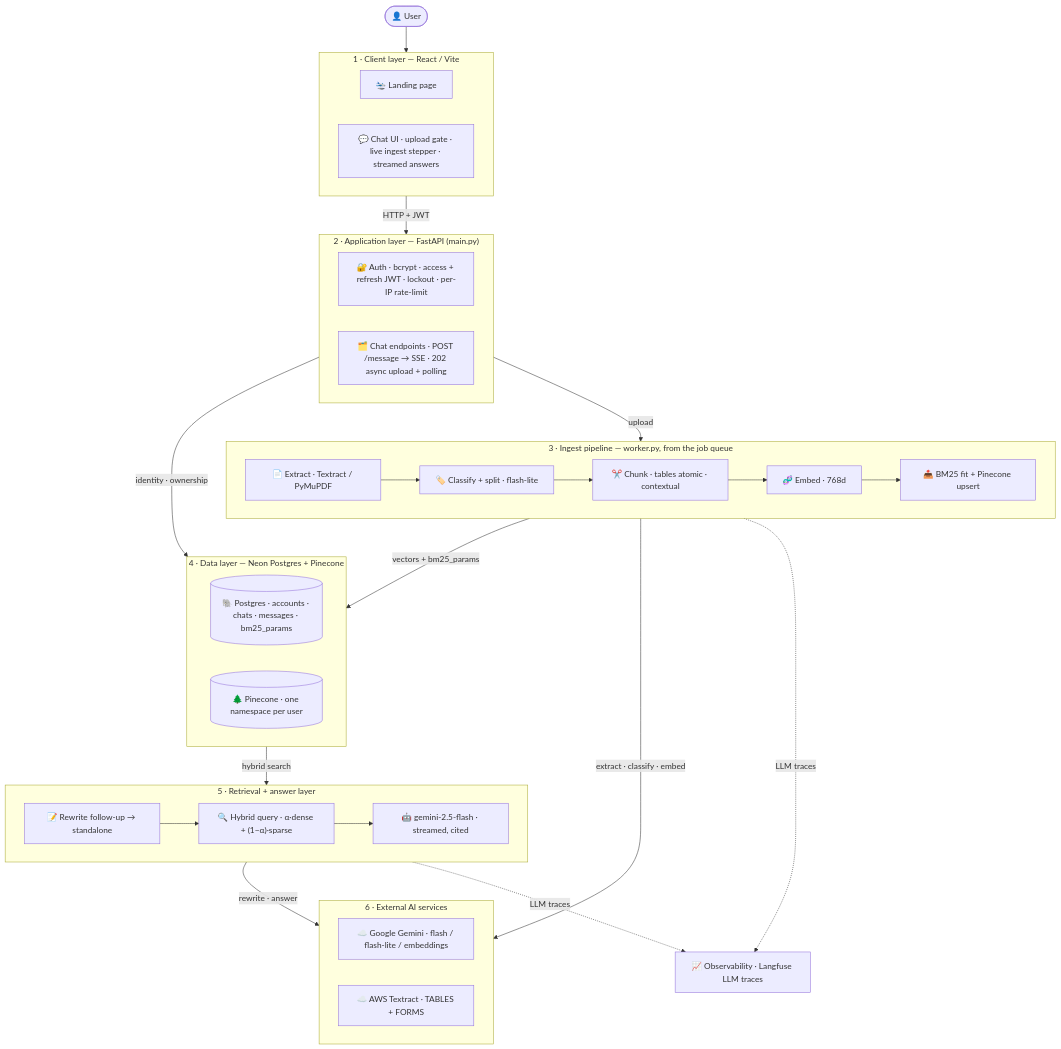
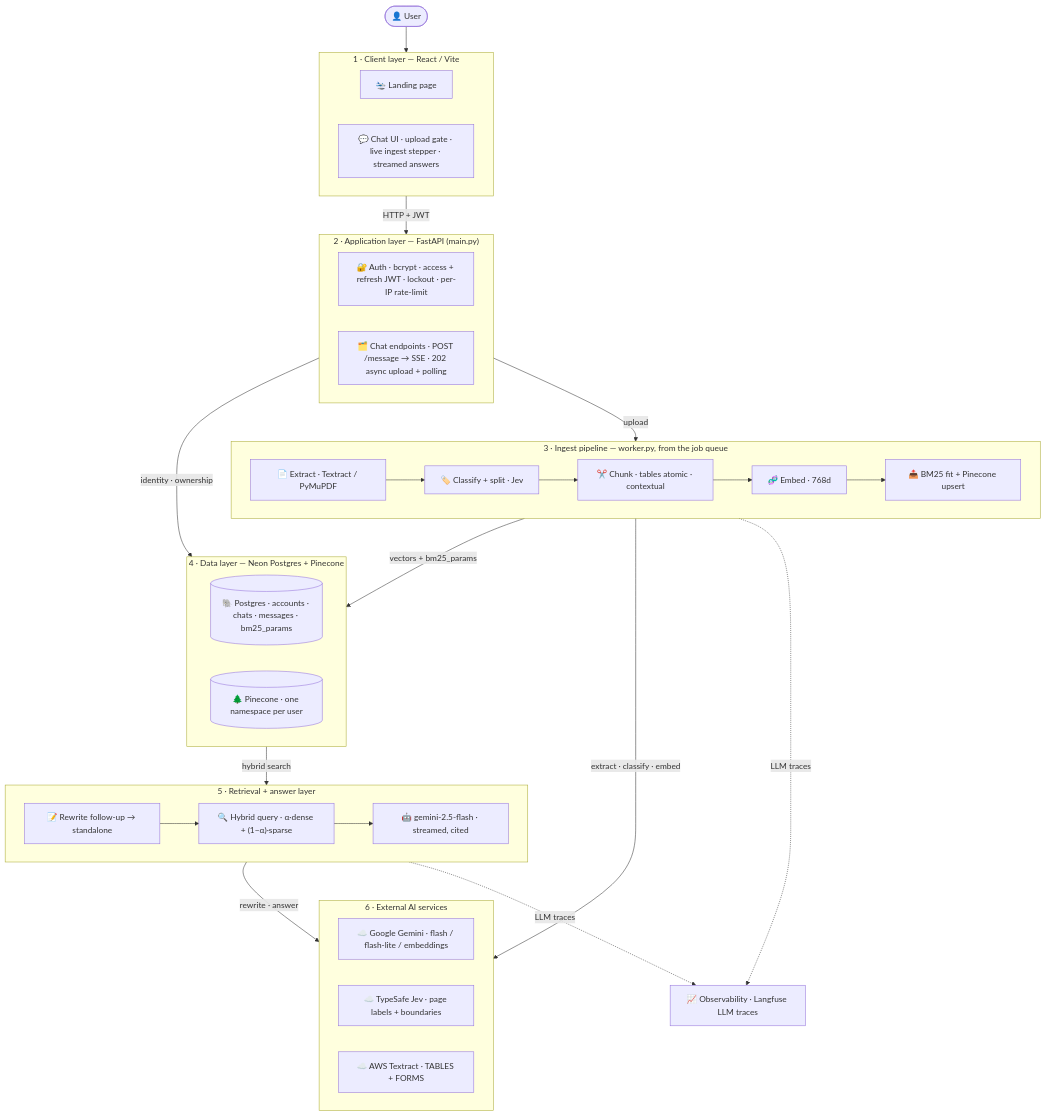
Before and after one commit to VIVPM/document-retrieval-system: the diagram in README.md, drawn with Mermaid. The commit also changed other lines of this file, not shown here.

Commit message:
docs: describe Jev, preview, packet check and response timing

````diff
--- a/README.md
+++ b/README.md
@@ -71,47 +71,48 @@
 ```mermaid
 graph TD
     User(["👤 User"])
 
     subgraph CLIENT ["1 · Client layer — React / Vite"]
         Land["🛬 Landing page"]
         UI["💬 Chat UI · upload gate · live ingest stepper · streamed answers"]
     end
 
     subgraph APP ["2 · Application layer — FastAPI (main.py)"]
         Auth["🔐 Auth · bcrypt · access + refresh JWT · lockout · per-IP rate-limit"]
         REST["🗂️ Chat endpoints · POST /message → SSE · 202 async upload + polling"]
     end
 
     subgraph INGEST ["3 · Ingest pipeline — worker.py, from the job queue"]
         direction LR
-        Ext["📄 Extract · Textract / PyMuPDF"] --> Split["🏷️ Classify + split · flash-lite"] --> Chunk["✂️ Chunk · tables atomic · contextual"] --> Emb["🧬 Embed · 768d"] --> Up["📤 BM25 fit + Pinecone upsert"]
+        Ext["📄 Extract · Textract / PyMuPDF"] --> Split["🏷️ Classify + split · Jev"] --> Chunk["✂️ Chunk · tables atomic · contextual"] --> Emb["🧬 Embed · 768d"] --> Up["📤 BM25 fit + Pinecone upsert"]
     end
 
     subgraph DATA ["4 · Data layer — Neon Postgres + Pinecone"]
         PG[("🐘 Postgres · accounts · chats · messages · bm25_params")]
         Pine[("🌲 Pinecone · one namespace per user")]
     end
 
     subgraph QUERY ["5 · Retrieval + answer layer"]
         direction LR
         RW["📝 Rewrite follow-up → standalone"] --> Hyb["🔍 Hybrid query · α·dense + (1−α)·sparse"] --> Ans["🤖 gemini-2.5-flash · streamed, cited"]
     end
 
     subgraph EXT ["6 · External AI services"]
         Gem["☁️ Google Gemini · flash / flash-lite / embeddings"]
+        Jev["☁️ TypeSafe Jev · page labels + boundaries"]
         Tex["☁️ AWS Textract · TABLES + FORMS"]
     end
 
     OBS["📈 Observability · Langfuse LLM traces"]
 
     User --> CLIENT
     CLIENT -->|HTTP + JWT| APP
     APP -->|identity · ownership| DATA
     APP -->|upload| INGEST
     INGEST -->|vectors + bm25_params| DATA
     DATA -->|hybrid search| QUERY
     INGEST -->|extract · classify · embed| EXT
     QUERY -->|rewrite · answer| EXT
     INGEST -.->|LLM traces| OBS
     QUERY -.->|LLM traces| OBS
 ```
````
